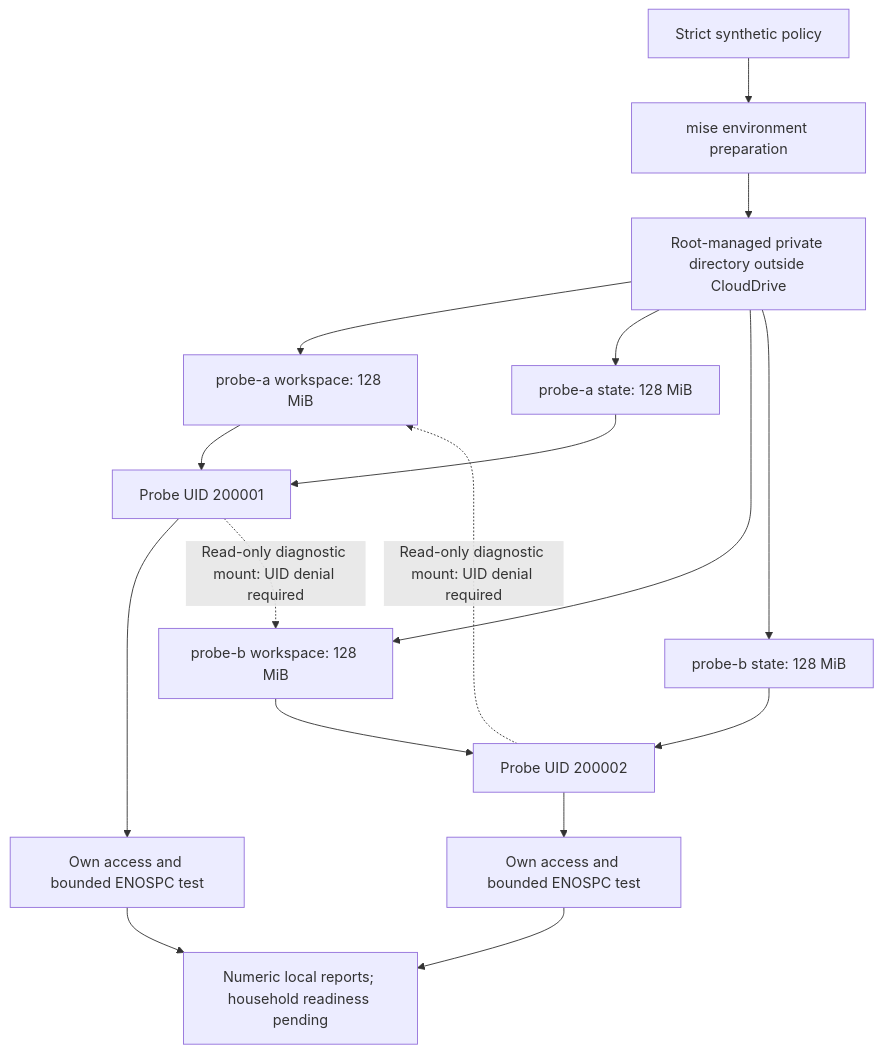
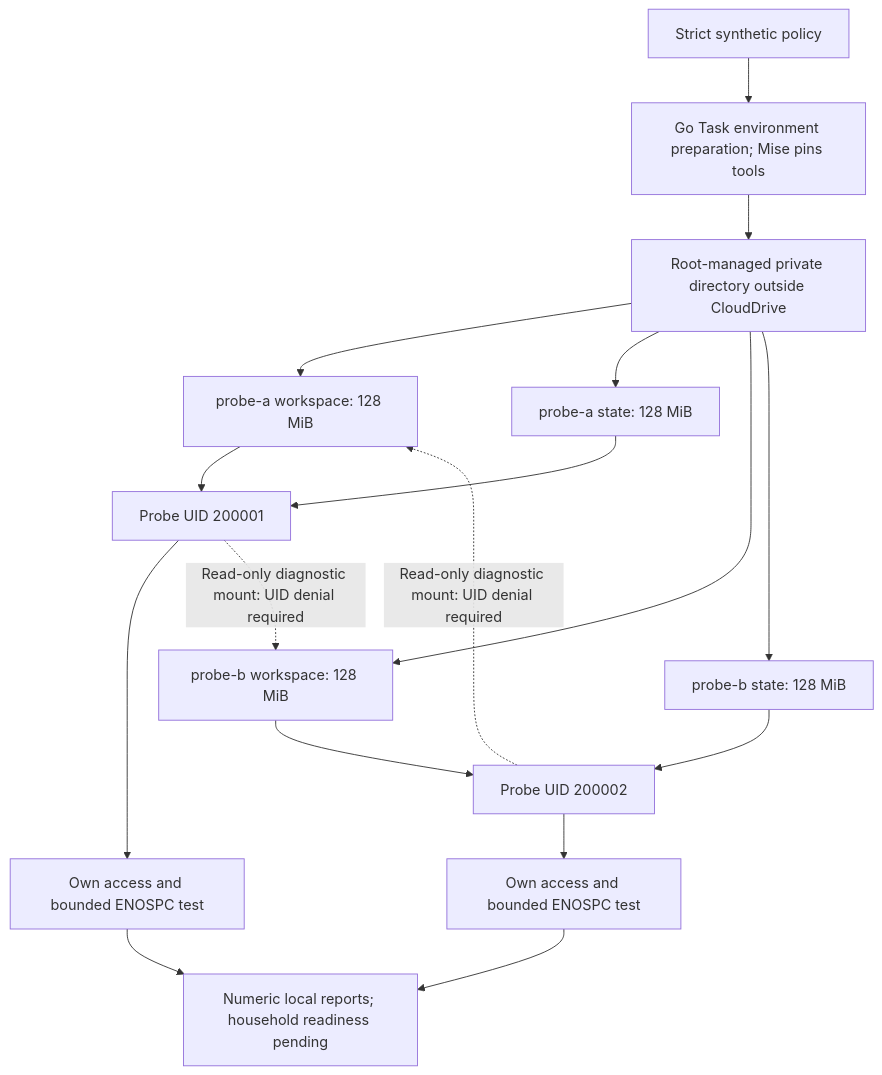
Before and after one commit to alejandro-onatra/local-agent-platform: the diagram in docs/storage_isolation.md, drawn with Mermaid. The commit also changed other lines of this file and 42 other files, not shown here.

````diff
--- a/docs/storage_isolation.md
+++ b/docs/storage_isolation.md
@@ -33,19 +33,19 @@
 ```mermaid
 flowchart TB
-    Policy[Strict synthetic policy] --> Setup[mise environment preparation]
+    Policy[Strict synthetic policy] --> Setup[Go Task environment preparation; Mise pins tools]
     Setup --> Base[Root-managed private directory outside CloudDrive]
     Base --> AW[probe-a workspace: 128 MiB]
     Base --> AS[probe-a state: 128 MiB]
     Base --> BW[probe-b workspace: 128 MiB]
     Base --> BS[probe-b state: 128 MiB]
     AW --> PA[Probe UID 200001]
     AS --> PA
     BW --> PB[Probe UID 200002]
     BS --> PB
     PA --> ATest[Own access and bounded ENOSPC test]
     PB --> BTest[Own access and bounded ENOSPC test]
     PA -. Read-only diagnostic mount: UID denial required .-> BW
     PB -. Read-only diagnostic mount: UID denial required .-> AW
     ATest --> Report[Numeric local reports; household readiness pending]
     BTest --> Report
 ```
````
